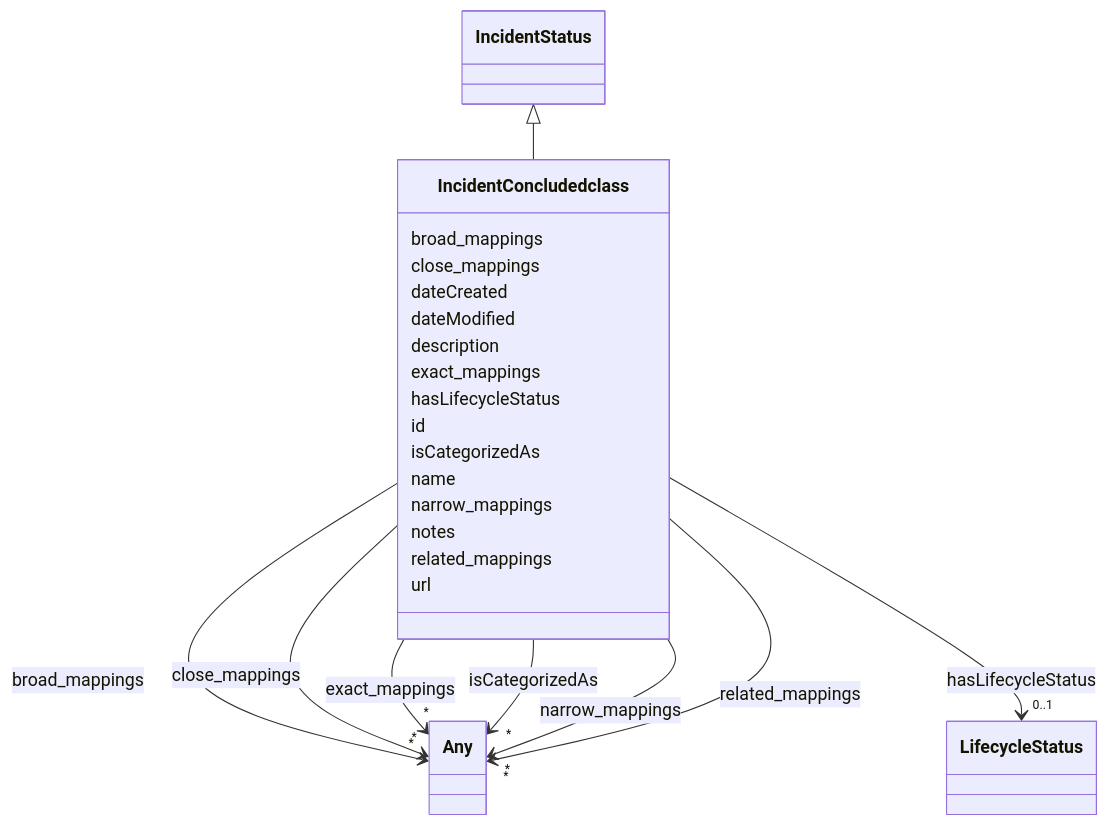
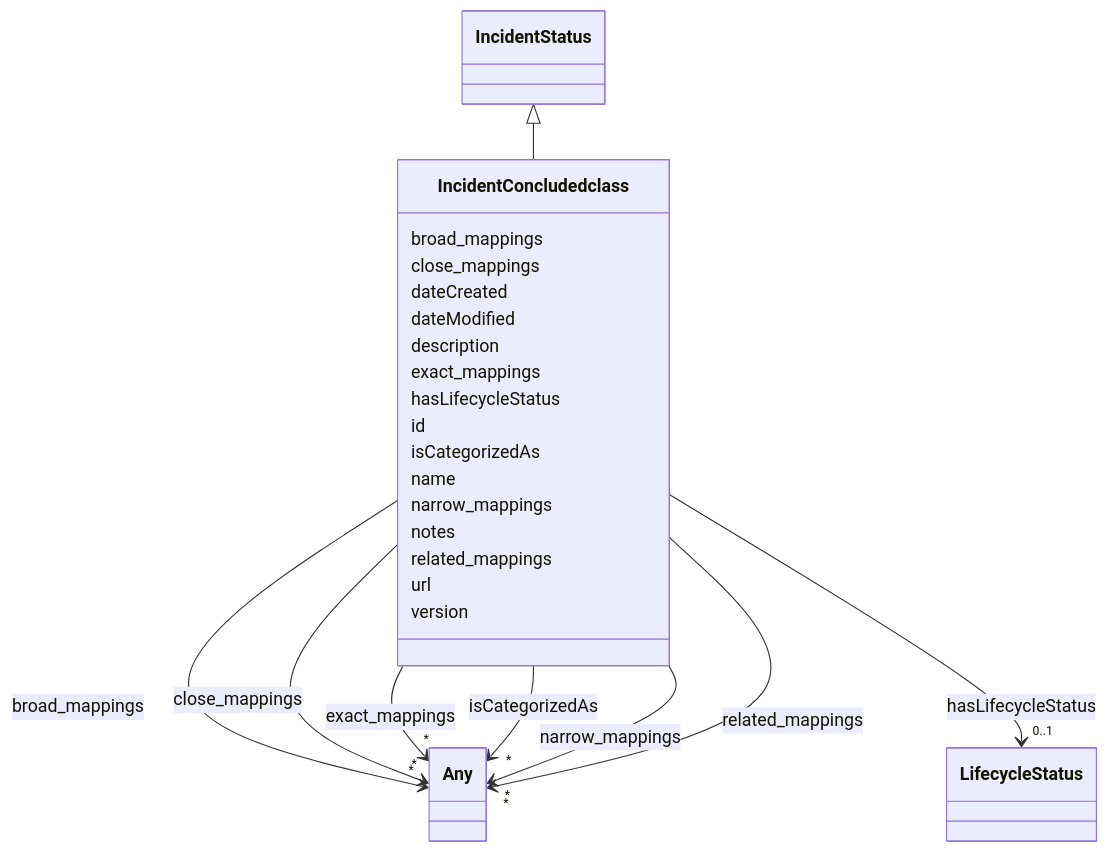
One commit to IBM/ai-atlas-nexus changed the diagram in docs/ontology/IncidentConcludedclass.md. Above: the diagram before and after it, drawn with Mermaid. The commit also changed other lines of this file and 101 other files, not shown here.

````diff
--- a/docs/ontology/IncidentConcludedclass.md
+++ b/docs/ontology/IncidentConcludedclass.md
@@ -107,5 +107,7 @@
 
       IncidentConcludedclass : url
 
+      IncidentConcludedclass : version
+
 
 ```
````
